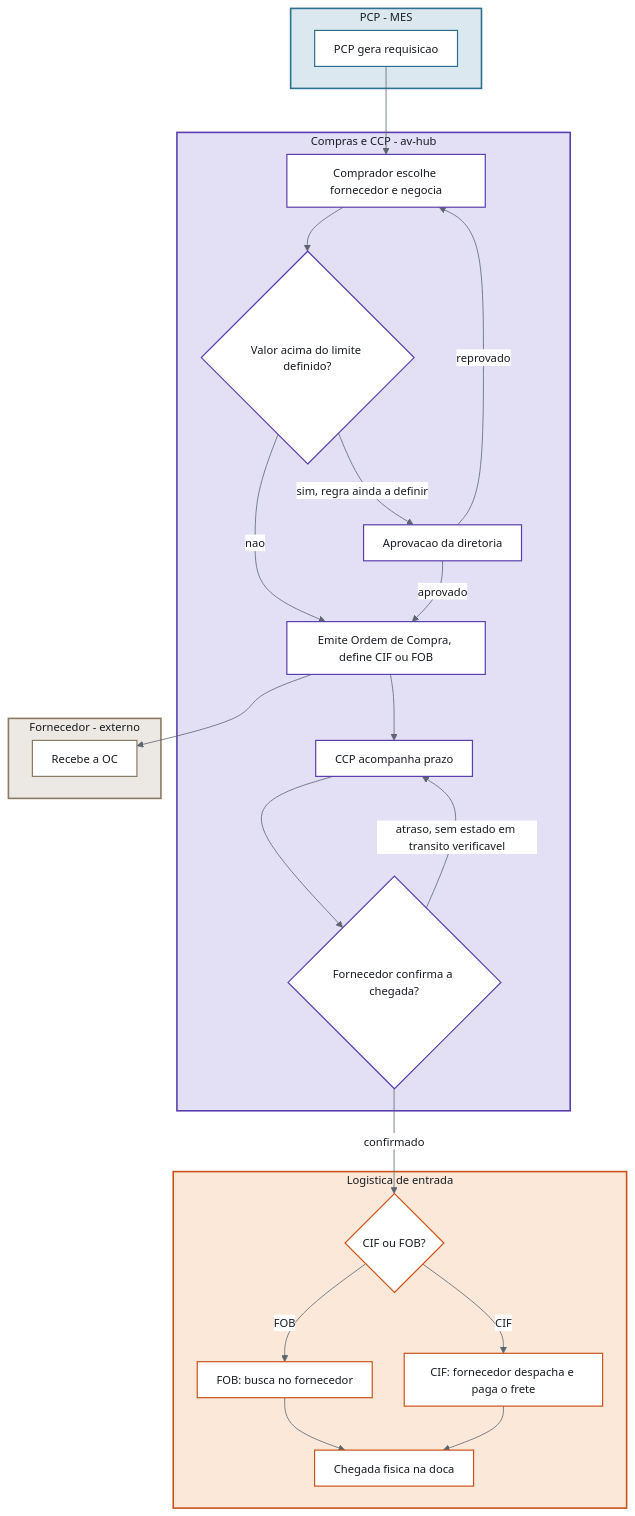
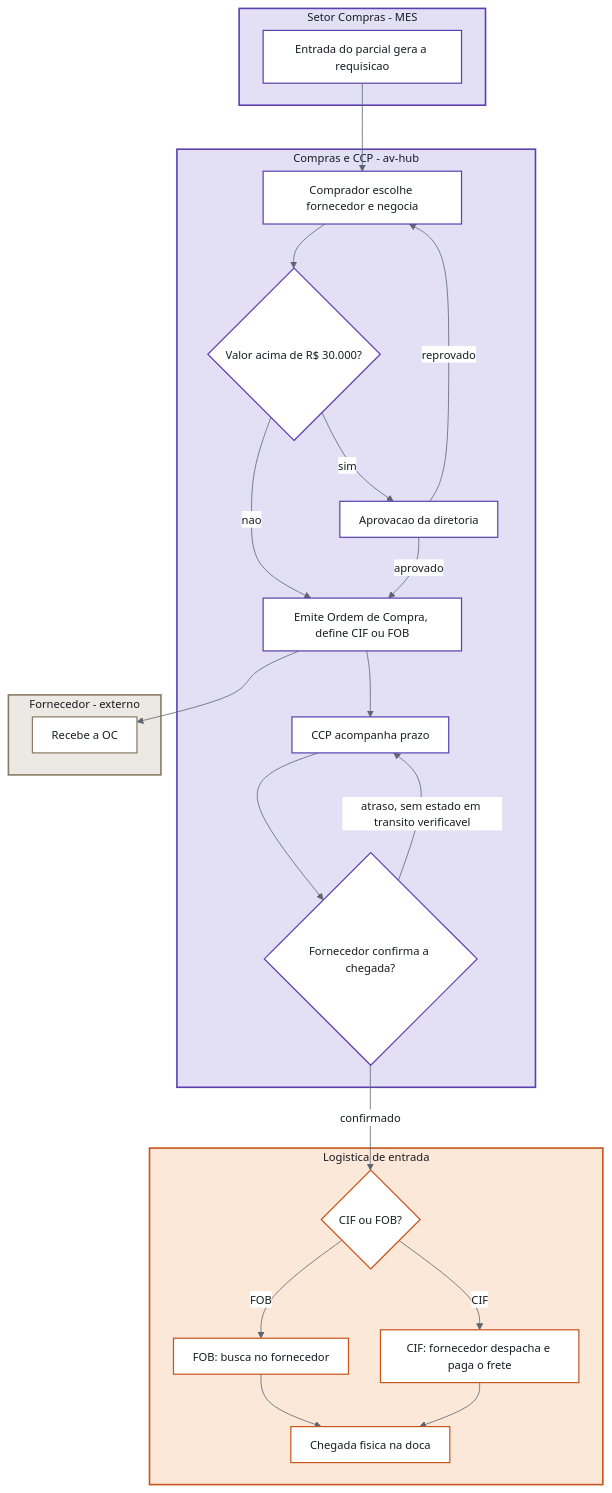
One commit to Acosvital/vault-avhub-mer changed the second of 6 diagrams in 01-Fluxo-Operacional/Fluxogramas-Completos.md. Above: the diagram before and after it, drawn with Mermaid. The commit also changed other lines of this file and 36 other files, not shown here.

First line of the commit message:
Encaixe do Estoque e da Revenda no fluxo do PCP (MES)

````diff
--- a/01-Fluxo-Operacional/Fluxogramas-Completos.md
+++ b/01-Fluxo-Operacional/Fluxogramas-Completos.md
@@ -210,59 +220,59 @@
 ```mermaid
 %%{init: {'theme': 'base', 'themeVariables': {'primaryColor': '#ffffff', 'primaryTextColor': '#181c22', 'primaryBorderColor': '#33475a', 'lineColor': '#5c6570', 'fontFamily': 'Source Sans 3, sans-serif', 'fontSize': '14px', 'edgeLabelBackground': '#ffffff', 'textColor': '#181c22'}, 'flowchart': {'nodeSpacing': 40, 'rankSpacing': 55, 'padding': 12}}}%%
 flowchart TD
-    subgraph SEC_PCP[PCP - MES]
-        A[PCP gera requisicao]
+    subgraph SEC_PCP[Setor Compras - MES]
+        A[Entrada do parcial gera a requisicao]
     end
 
     subgraph SEC_COMPRAS[Compras e CCP - av-hub]
         B[Comprador escolhe fornecedor e negocia]
-        C{Valor acima do limite definido?}
+        C{Valor acima de R$ 30.000?}
         D[Aprovacao da diretoria]
         E[Emite Ordem de Compra, define CIF ou FOB]
         H[CCP acompanha prazo]
         I{Fornecedor confirma a chegada?}
         B --> C
-        C -->|sim, regra ainda a definir| D
+        C -->|sim| D
         C -->|nao| E
         D -->|aprovado| E
         D -->|reprovado| B
         E --> H
         H --> I
         I -->|atraso, sem estado em transito verificavel| H
     end
 
     subgraph SEC_FORN[Fornecedor - externo]
         G[Recebe a OC]
     end
 
     subgraph SEC_LOG[Logistica de entrada]
         J{CIF ou FOB?}
         K[FOB: busca no fornecedor]
         L[CIF: fornecedor despacha e paga o frete]
         M[Chegada fisica na doca]
         J -->|FOB| K --> M
         J -->|CIF| L --> M
     end
 
     A --> B
     E --> G
     I -->|confirmado| J
 
-    style SEC_PCP fill:#dce8ef,stroke:#2f6f8f,stroke-width:2px,color:#181c22
+    style SEC_PCP fill:#e3e0f5,stroke:#5b3fae,stroke-width:2px,color:#181c22
     style SEC_COMPRAS fill:#e3e0f5,stroke:#5b3fae,stroke-width:2px,color:#181c22
     style SEC_FORN fill:#ece8e3,stroke:#8a7a63,stroke-width:2px,color:#181c22
     style SEC_LOG fill:#fbe8d9,stroke:#c9541a,stroke-width:2px,color:#181c22
 
-    style A fill:#ffffff,stroke:#2f6f8f,stroke-width:1.5px,color:#181c22
+    style A fill:#ffffff,stroke:#5b3fae,stroke-width:1.5px,color:#181c22
     style B fill:#ffffff,stroke:#5b3fae,stroke-width:1.5px,color:#181c22
     style C fill:#ffffff,stroke:#5b3fae,stroke-width:1.5px,color:#181c22
     style D fill:#ffffff,stroke:#5b3fae,stroke-width:1.5px,color:#181c22
     style E fill:#ffffff,stroke:#5b3fae,stroke-width:1.5px,color:#181c22
     style H fill:#ffffff,stroke:#5b3fae,stroke-width:1.5px,color:#181c22
     style I fill:#ffffff,stroke:#5b3fae,stroke-width:1.5px,color:#181c22
     style G fill:#ffffff,stroke:#8a7a63,stroke-width:1.5px,color:#181c22
     style J fill:#ffffff,stroke:#c9541a,stroke-width:1.5px,color:#181c22
     style K fill:#ffffff,stroke:#c9541a,stroke-width:1.5px,color:#181c22
     style L fill:#ffffff,stroke:#c9541a,stroke-width:1.5px,color:#181c22
     style M fill:#ffffff,stroke:#c9541a,stroke-width:1.5px,color:#181c22
 ```
````
